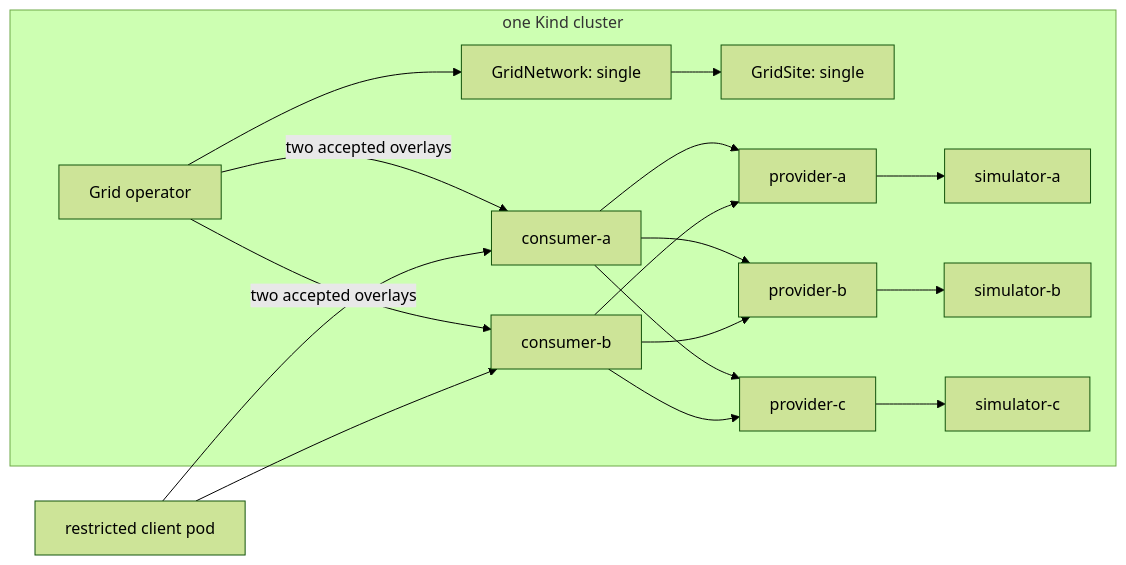
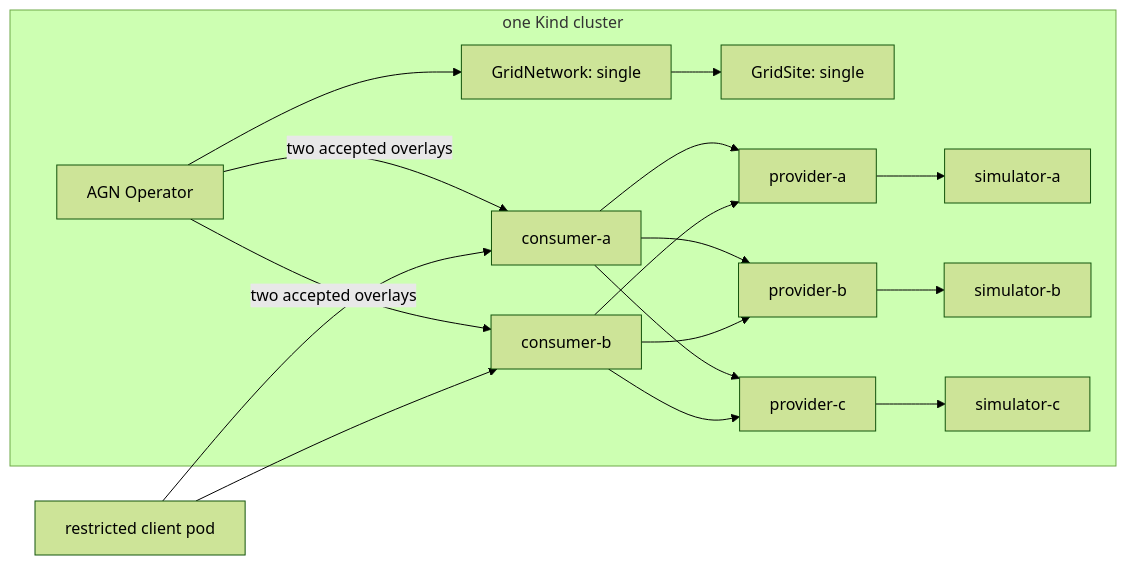
The first of 2 diagrams in tests/e2e/topologies/grid-single-cluster-multi-gateway/README.md (evacchi/grid), drawn with Mermaid (forest theme) before and after one commit. The commit also changed other lines of this file and 44 other files, not shown here.

````diff
--- a/tests/e2e/topologies/grid-single-cluster-multi-gateway/README.md
+++ b/tests/e2e/topologies/grid-single-cluster-multi-gateway/README.md
@@ -13,32 +13,32 @@
 ```mermaid
 flowchart LR
   client[restricted client pod]
   subgraph kind[one Kind cluster]
-    op[Grid operator]
+    op[AGN Operator]
     network[GridNetwork: single]
     site[GridSite: single]
     ca[consumer-a]
     cb[consumer-b]
     pa[provider-a]
     pb[provider-b]
     pc[provider-c]
     ba[simulator-a]
     bb[simulator-b]
     bc[simulator-c]
     op -->|two accepted overlays| ca
     op -->|two accepted overlays| cb
     op --> network
     network --> site
     pa --> ba
     pb --> bb
     pc --> bc
   end
   client --> ca
   client --> cb
   ca --> pa
   ca --> pb
   ca --> pc
   cb --> pa
   cb --> pb
   cb --> pc
 ```
````
